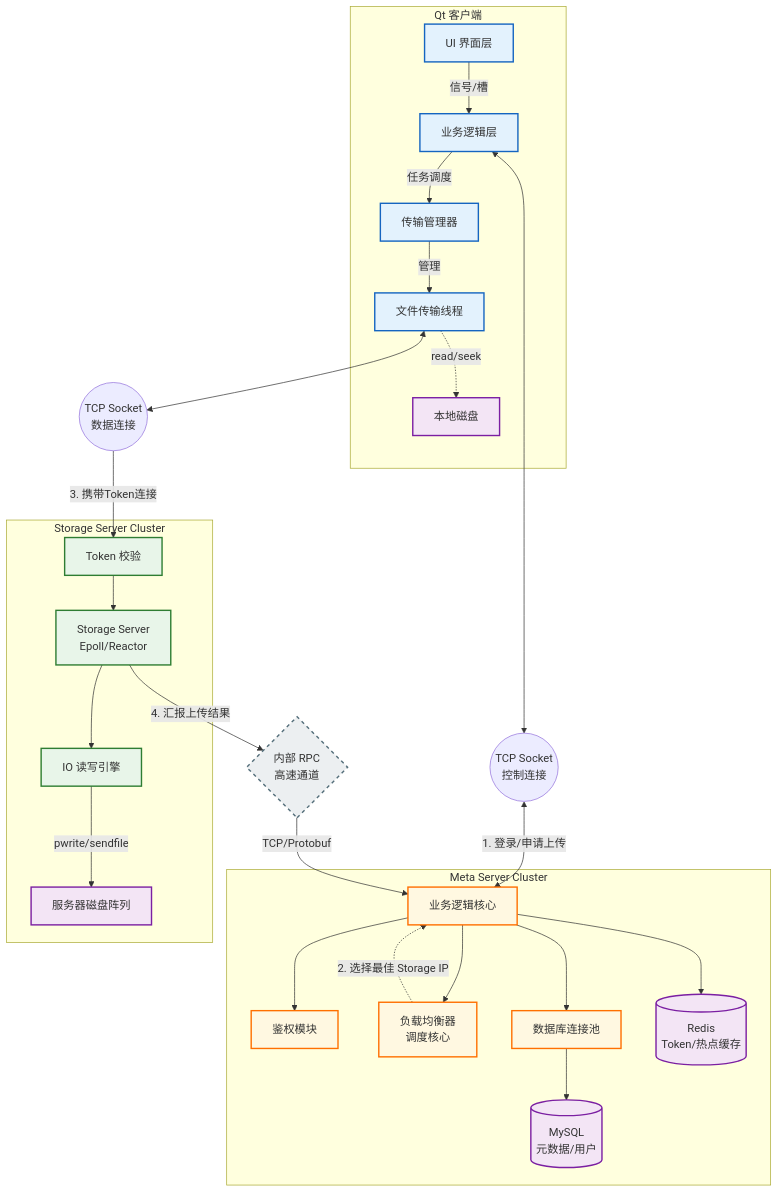
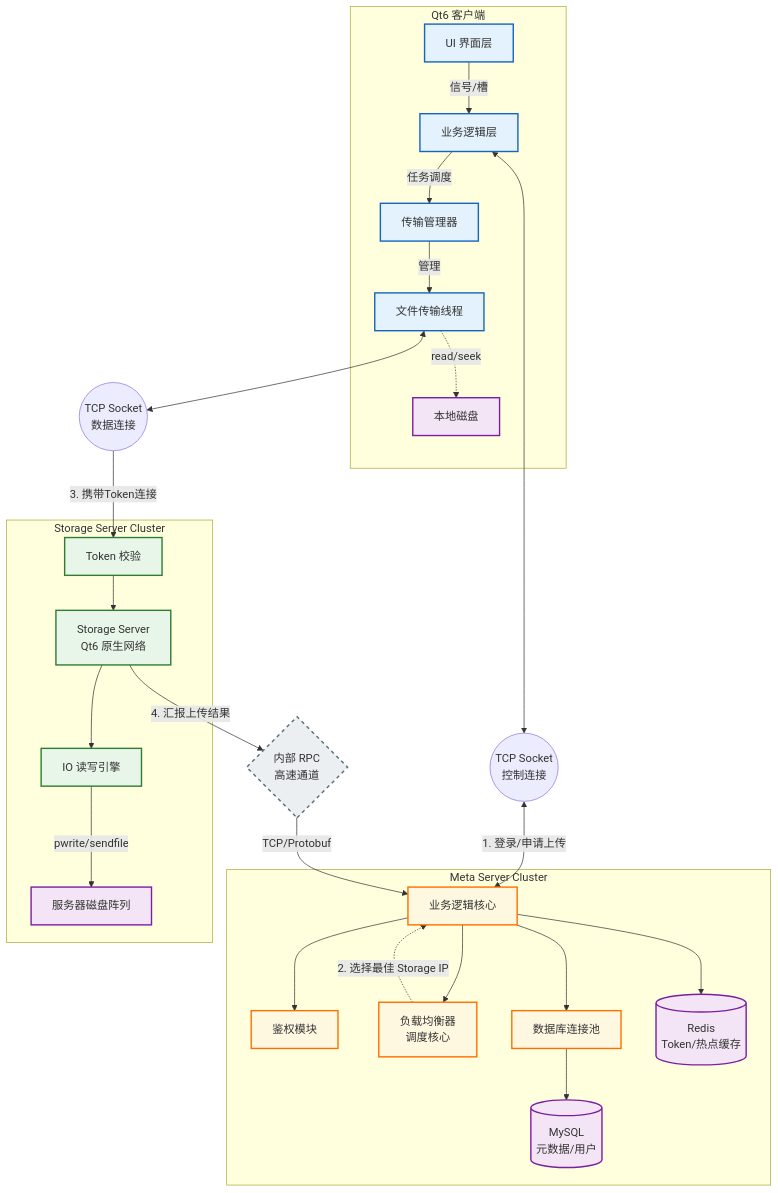
One commit to wohaha12/ChatAndFileTransferSystem changed the diagram in Docs/technical-design/ArchitectureDesign.md. Above: the diagram before and after it, drawn with Mermaid. The commit also changed other lines of this file and 46 other files, not shown here.

```diff
--- a/Docs/technical-design/ArchitectureDesign.md
+++ b/Docs/technical-design/ArchitectureDesign.md
@@ -3,7 +9,7 @@
     %% =======================
     %% 客户端区域
     %% =======================
-    subgraph Client_Side [Qt 客户端]
+    subgraph Client_Side [Qt6 客户端]
         UI[UI 界面层]
         Logic[业务逻辑层]
         TransferMgr[传输管理器]
@@ -52,7 +58,7 @@
     %% 服务端 - 数据平面
     %% =======================
     subgraph Data_Plane [Storage Server Cluster]
-        StorageCore[Storage Server<br>Epoll/Reactor]
+        StorageCore[Storage Server<br>Qt6 原生网络]
         IO_Engine[IO 读写引擎]
         TokenCheck[Token 校验]
         
```
